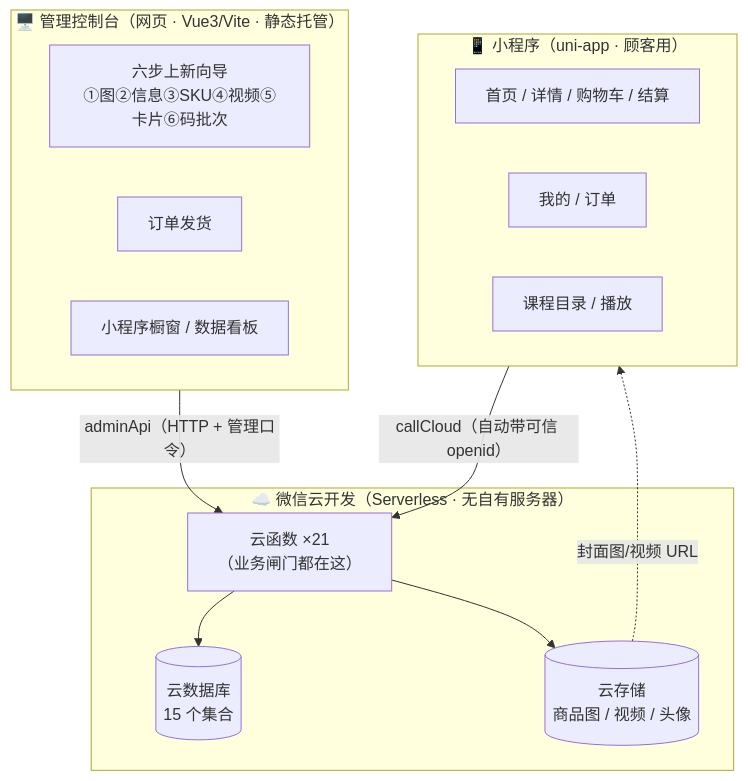
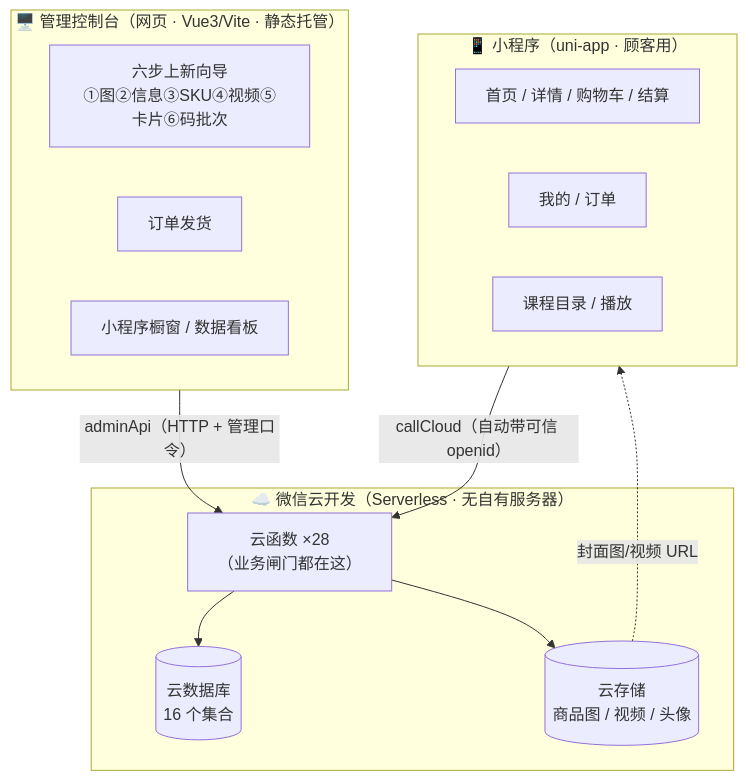
The first of 3 diagrams in docs/业务逻辑架构.md (ookiisparrow/luckyducky-fable), drawn with Mermaid before and after one commit. The commit also changed other lines of this file and 10 other files, not shown here.

First line of the commit message:
docs：文档精简 + 架构地图校准（活文档 3691→2193·瘦 40%·零信息丢失）

````diff
--- a/docs/业务逻辑架构.md
+++ b/docs/业务逻辑架构.md
@@ -13,24 +13,24 @@
 ```mermaid
 flowchart TB
   subgraph 管理端["🖥️ 管理控制台（网页 · Vue3/Vite · 静态托管）"]
     A1["六步上新向导<br/>①图②信息③SKU④视频⑤卡片⑥码批次"]
     A2["订单发货"]
     A3["小程序橱窗 / 数据看板"]
   end
   subgraph 云["☁️ 微信云开发（Serverless · 无自有服务器）"]
-    F["云函数 ×21<br/>（业务闸门都在这）"]
-    DB[("云数据库<br/>15 个集合")]
+    F["云函数 ×28<br/>（业务闸门都在这）"]
+    DB[("云数据库<br/>16 个集合")]
     ST[("云存储<br/>商品图 / 视频 / 头像")]
   end
   subgraph 端["📱 小程序（uni-app · 顾客用）"]
     P1["首页 / 详情 / 购物车 / 结算"]
     P2["我的 / 订单"]
     P3["课程目录 / 播放"]
   end
 
   管理端 -->|"adminApi（HTTP + 管理口令）"| F
   端 -->|"callCloud（自动带可信 openid）"| F
   F --> DB
   F --> ST
   ST -. "封面图/视频 URL" .-> 端
 ```
````
